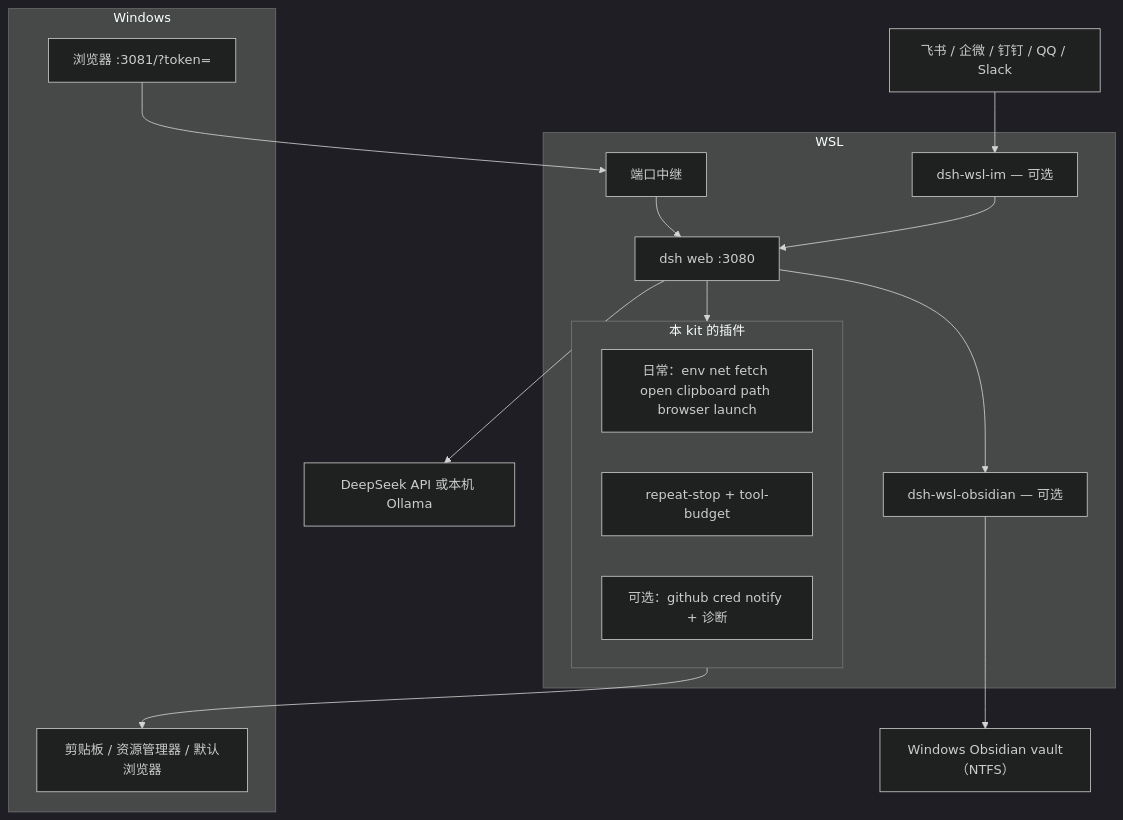
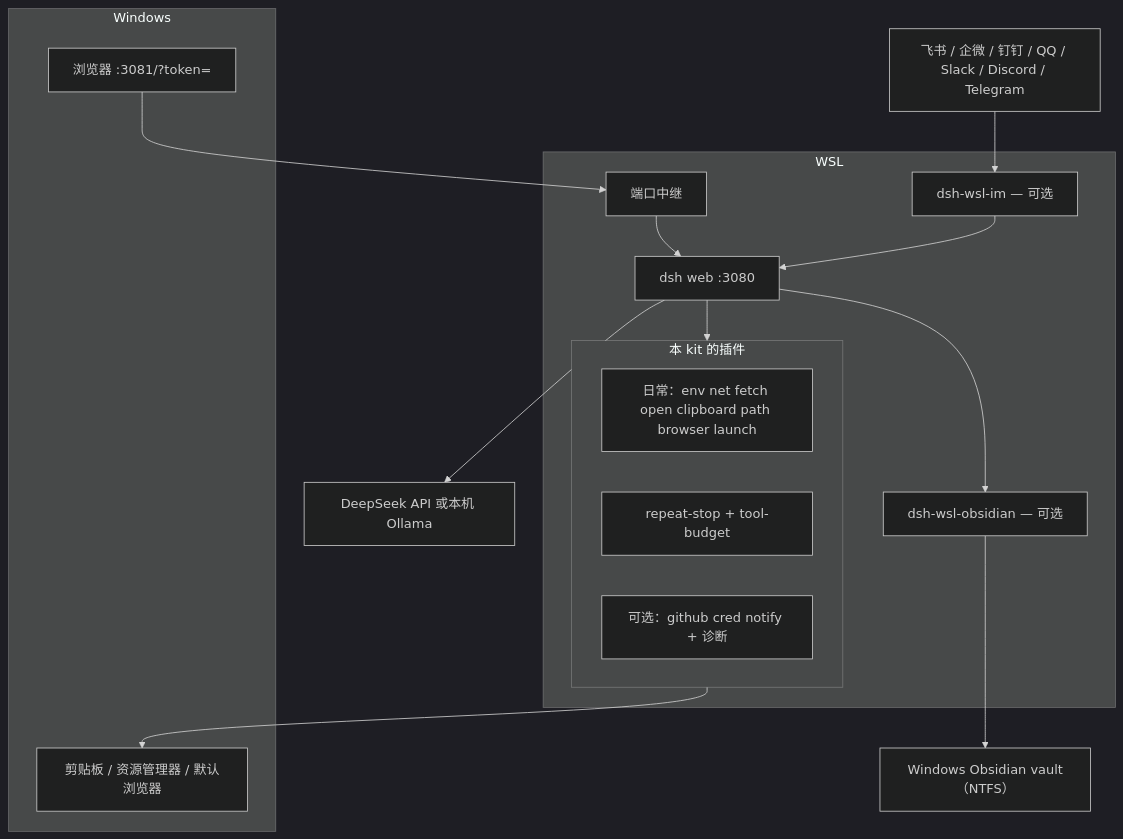
One commit to 173787247/dsh-wsl-kit changed the diagram in README.zh.md. Above: the diagram before and after it, drawn with Mermaid (dark theme). The commit also changed other lines of this file and 2 other files, not shown here.

First line of the commit message:
docs: bump dsh-wsl-im to 0.3.2 with Discord and Telegram

````diff
--- a/README.zh.md
+++ b/README.zh.md
@@ -15,29 +15,29 @@
 ```mermaid
 flowchart TB
   subgraph win [Windows]
     browser["浏览器 :3081/?token="]
     host["剪贴板 / 资源管理器 / 默认浏览器"]
   end
   subgraph wslbox [WSL]
     relay["端口中继"]
     dsh["dsh web :3080"]
     subgraph plugins [本 kit 的插件]
       daily["日常：env net fetch open clipboard path browser launch"]
       guards["repeat-stop + tool-budget"]
       more["可选：github cred notify + 诊断"]
     end
     im["dsh-wsl-im — 可选"]
     obsidian["dsh-wsl-obsidian — 可选"]
   end
   llm["DeepSeek API 或本机 Ollama"]
-  chats["飞书 / 企微 / 钉钉 / QQ / Slack"]
+  chats["飞书 / 企微 / 钉钉 / QQ / Slack / Discord / Telegram"]
   vault["Windows Obsidian vault（NTFS）"]
 
   browser --> relay --> dsh
   dsh --> plugins
   dsh --> llm
   plugins --> host
   chats --> im --> dsh
   obsidian --> vault
   dsh --> obsidian
 ```
````
